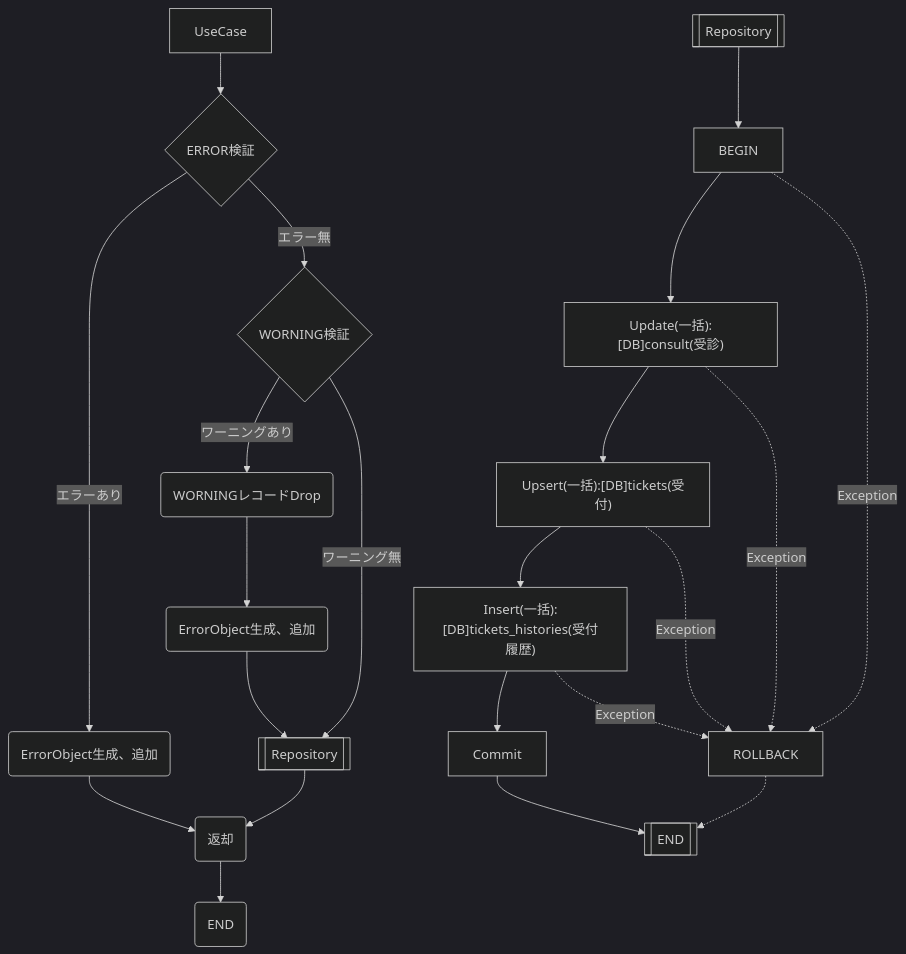
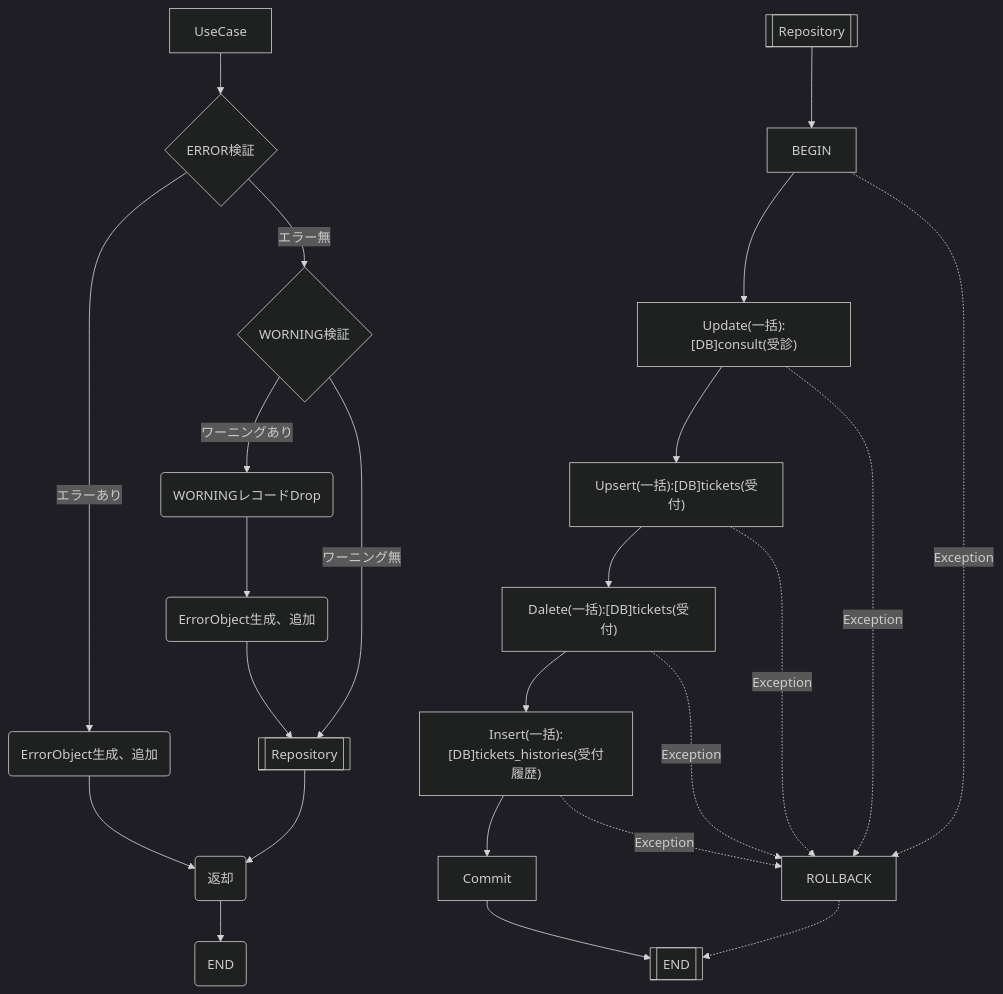
Before and after one commit to MrWangpeilin945/FlutterIOS: the diagram in Documents/外部IF設計書/src/docs/インターフェース/EC2002_受付を更新する.adoc, drawn with Mermaid (dark theme). The commit also changed other lines of this file, not shown here.

```diff
--- a/Documents/外部IF設計書/src/docs/インターフェース/EC2002_受付を更新する.adoc
+++ b/Documents/外部IF設計書/src/docs/インターフェース/EC2002_受付を更新する.adoc
@@ -10,26 +10,28 @@
 [mermaid]
 ----
 flowchart TD
     A[UseCase] --> ERROR{ERROR検証}
     ERROR -- エラーあり --> C(ErrorObject生成、追加)
     ERROR -- エラー無 --> WORNING{WORNING検証}    
     WORNING -- ワーニングあり --> DROP(WORNINGレコードDrop)
     DROP(WORNINGレコードDrop) --> DROP_REC(ErrorObject生成、追加)
     DROP_REC --> D[[Repository]]
     WORNING -- ワーニング無 --> D
     C --> E(返却)
     D --> E
     E --> UseCaseEND(END)
 
     F[[Repository]] --> G[BEGIN]
     G --> H["Update(一括):[DB]consult(受診)"]
     H --> I["Upsert(一括):[DB]tickets(受付)"]
-    I --> J["Insert(一括):[DB]tickets_histories(受付履歴)"]
-    J --> K[Commit]
+    I --> J["Dalete(一括):[DB]tickets(受付)"]
+    J --> K["Insert(一括):[DB]tickets_histories(受付履歴)"]
+    K --> L[Commit]
     H -.Exception.-> ROLLBACK[ROLLBACK]
     G -.Exception.-> ROLLBACK
     I -.Exception.-> ROLLBACK
     J -.Exception.-> ROLLBACK
-    K --> RepositoryEND[[END]]
+    K -.Exception.-> ROLLBACK
+    L --> RepositoryEND[[END]]
     ROLLBACK .-> RepositoryEND
 ----
```
